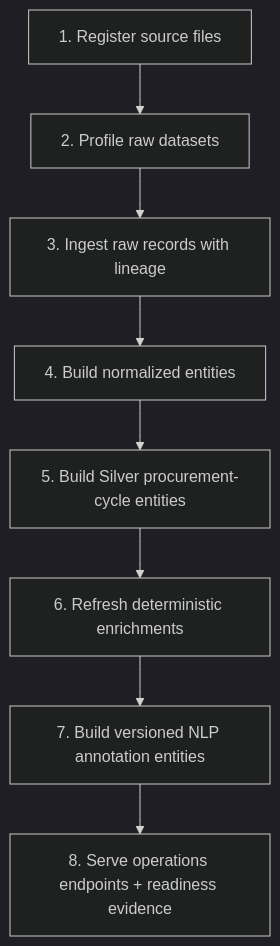
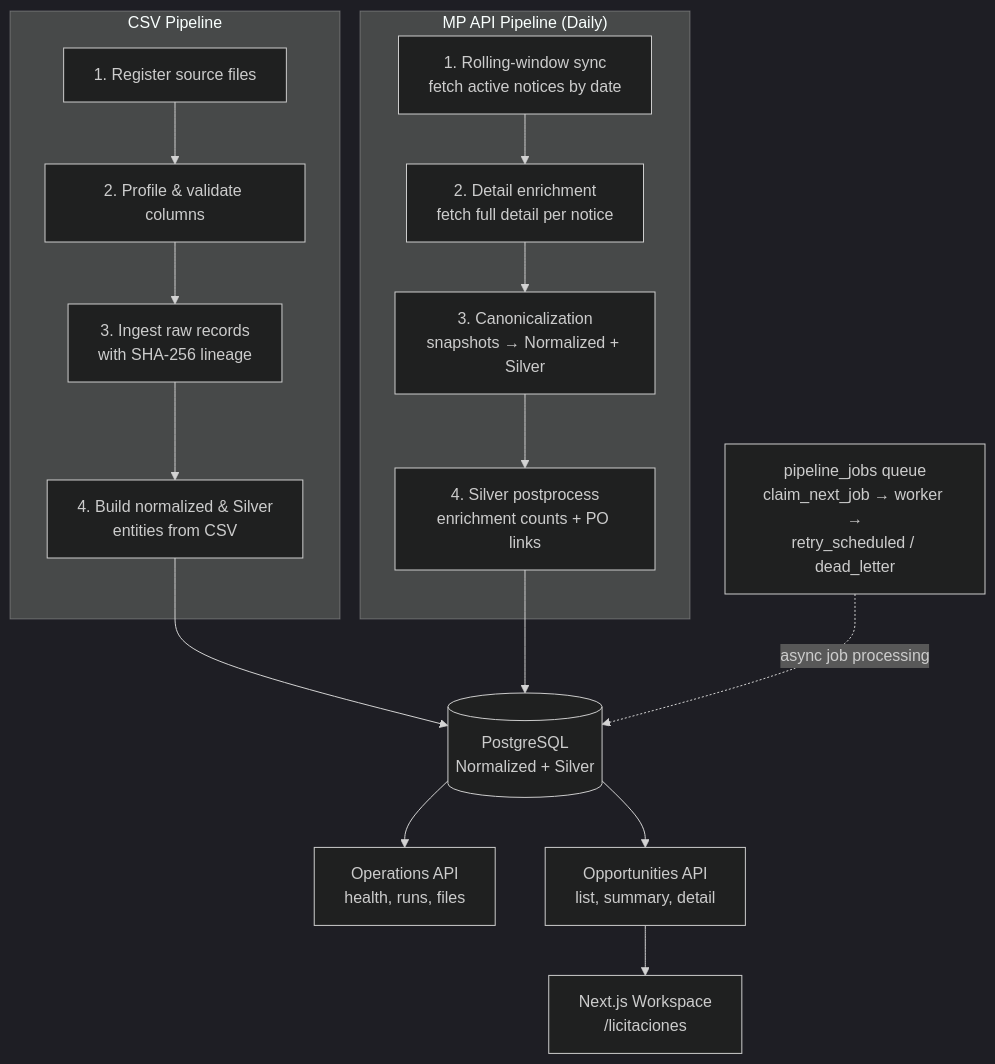
The second of 2 diagrams in README.md (nicolasenriquez/omnibid), drawn with Mermaid (dark theme) before and after one commit. The commit also changed other lines of this file and 181 other files, not shown here.

First line of the commit message:
feat: harden MP API pipeline, opportunity workspace contracts, and OpenSpec redesign foundations (#22)

````diff
--- a/README.md
+++ b/README.md
@@ -93,10 +113,23 @@
 ```mermaid
 flowchart TD
-  S1[1. Register source files] --> S2[2. Profile raw datasets]
-  S2 --> S3[3. Ingest raw records with lineage]
-  S3 --> S4[4. Build normalized entities]
-  S4 --> S5[5. Build Silver procurement-cycle entities]
-  S5 --> S6[6. Refresh deterministic enrichments]
-  S6 --> S7[7. Build versioned NLP annotation entities]
-  S7 --> S8[8. Serve operations endpoints + readiness evidence]
+  subgraph CSV["CSV Pipeline"]
+    C1[1. Register source files] --> C2[2. Profile & validate columns]
+    C2 --> C3[3. Ingest raw records<br/>with SHA-256 lineage]
+    C3 --> C4[4. Build normalized & Silver<br/>entities from CSV]
+  end
+
+  subgraph API["MP API Pipeline (Daily)"]
+    A1[1. Rolling-window sync<br/>fetch active notices by date] --> A2[2. Detail enrichment<br/>fetch full detail per notice]
+    A2 --> A3[3. Canonicalization<br/>snapshots → Normalized + Silver]
+    A3 --> A4[4. Silver postprocess<br/>enrichment counts + PO links]
+  end
+
+  C4 --> DB[(PostgreSQL<br/>Normalized + Silver)]
+  A4 --> DB
+
+  DB --> S1[Operations API<br/>health, runs, files]
+  DB --> S2[Opportunities API<br/>list, summary, detail]
+  S2 --> S3[Next.js Workspace<br/>/licitaciones]
+
+  Q[pipeline_jobs queue<br/>claim_next_job → worker →<br/>retry_scheduled / dead_letter] -.->|async job processing| DB
 ```
````
